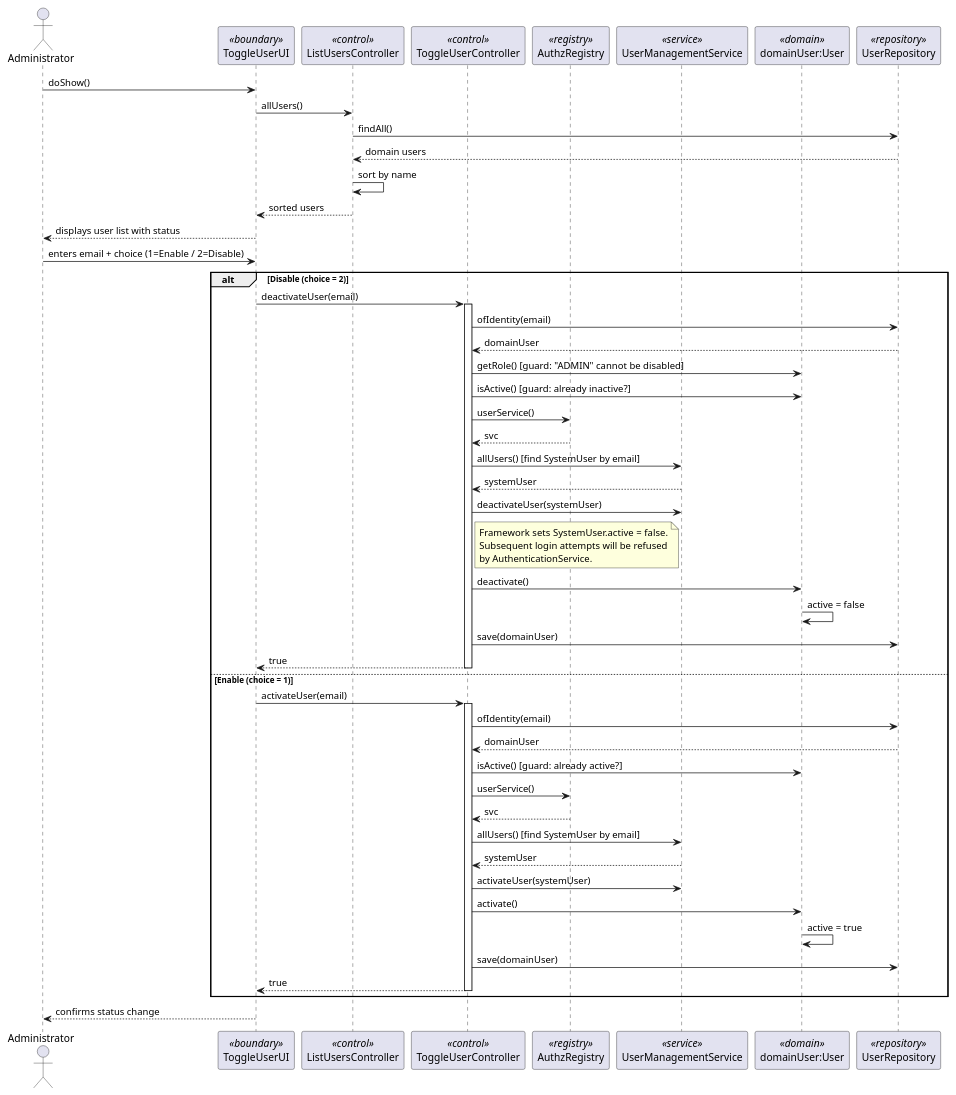
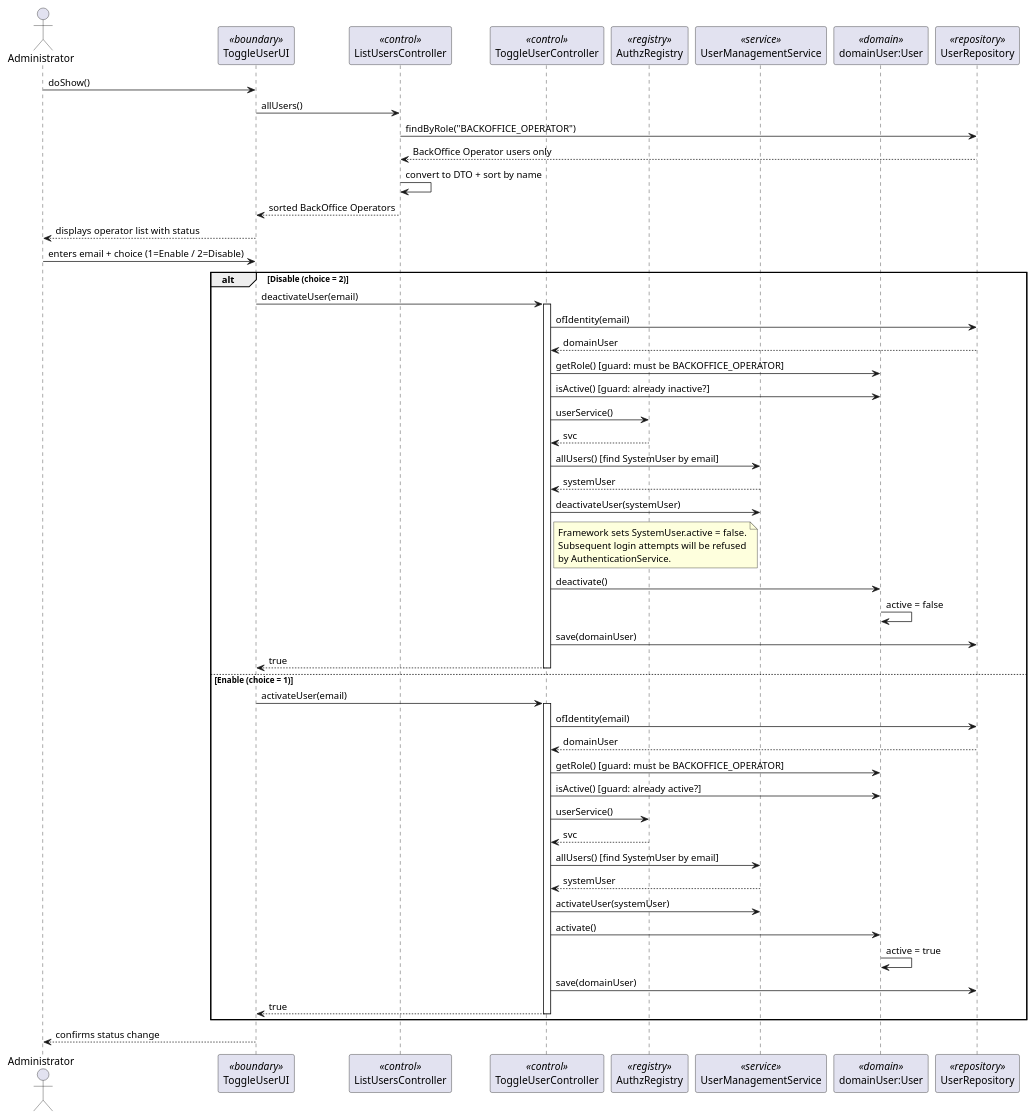
The diagram in docs/Sprint 3/EAPLI/US032/puml/US032-sequence-diagram.puml (DuartePinto1240/sem4pi2526-sem4pi2526_2da2), drawn with PlantUML before and after one commit. The commit also changed 31 other files, not shown here.

```diff
--- a/docs/Sprint 3/EAPLI/US032/puml/US032-sequence-diagram.puml
+++ b/docs/Sprint 3/EAPLI/US032/puml/US032-sequence-diagram.puml
@@ -1,71 +1,72 @@
 @startuml
 actor Administrator
 participant ToggleUserUI as UI <<boundary>>
 participant ListUsersController as LCTRL <<control>>
 participant ToggleUserController as TCTRL <<control>>
 participant AuthzRegistry as REG <<registry>>
 participant UserManagementService as SVC <<service>>
 participant "domainUser:User" as USER <<domain>>
 participant UserRepository as REPO <<repository>>
 
 Administrator -> UI : doShow()
 UI -> LCTRL : allUsers()
-LCTRL -> REPO : findAll()
-REPO --> LCTRL : domain users
-LCTRL -> LCTRL : sort by name
-LCTRL --> UI : sorted users
-UI --> Administrator : displays user list with status
+LCTRL -> REPO : findByRole("BACKOFFICE_OPERATOR")
+REPO --> LCTRL : BackOffice Operator users only
+LCTRL -> LCTRL : convert to DTO + sort by name
+LCTRL --> UI : sorted BackOffice Operators
+UI --> Administrator : displays operator list with status
 
 Administrator -> UI : enters email + choice (1=Enable / 2=Disable)
 
 alt Disable (choice = 2)
     UI -> TCTRL : deactivateUser(email)
     activate TCTRL
     TCTRL -> REPO : ofIdentity(email)
     REPO --> TCTRL : domainUser
-    TCTRL -> USER : getRole() [guard: "ADMIN" cannot be disabled]
+    TCTRL -> USER : getRole() [guard: must be BACKOFFICE_OPERATOR]
     TCTRL -> USER : isActive() [guard: already inactive?]
 
     ' Step 1: disable SystemUser via framework
     TCTRL -> REG : userService()
     REG --> TCTRL : svc
     TCTRL -> SVC : allUsers() [find SystemUser by email]
     SVC --> TCTRL : systemUser
     TCTRL -> SVC : deactivateUser(systemUser)
     note right of TCTRL
       Framework sets SystemUser.active = false.
       Subsequent login attempts will be refused
       by AuthenticationService.
     end note
 
     ' Step 2: mirror in domain User
     TCTRL -> USER : deactivate()
     USER -> USER : active = false
     TCTRL -> REPO : save(domainUser)
     TCTRL --> UI : true
     deactivate TCTRL
 
 else Enable (choice = 1)
     UI -> TCTRL : activateUser(email)
     activate TCTRL
     TCTRL -> REPO : ofIdentity(email)
     REPO --> TCTRL : domainUser
+    TCTRL -> USER : getRole() [guard: must be BACKOFFICE_OPERATOR]
     TCTRL -> USER : isActive() [guard: already active?]
 
     ' Step 1: activate SystemUser via framework
     TCTRL -> REG : userService()
     REG --> TCTRL : svc
     TCTRL -> SVC : allUsers() [find SystemUser by email]
     SVC --> TCTRL : systemUser
     TCTRL -> SVC : activateUser(systemUser)
 
     ' Step 2: mirror in domain User
     TCTRL -> USER : activate()
     USER -> USER : active = true
     TCTRL -> REPO : save(domainUser)
     TCTRL --> UI : true
     deactivate TCTRL
 end
 
 UI --> Administrator : confirms status change
 @enduml
```
